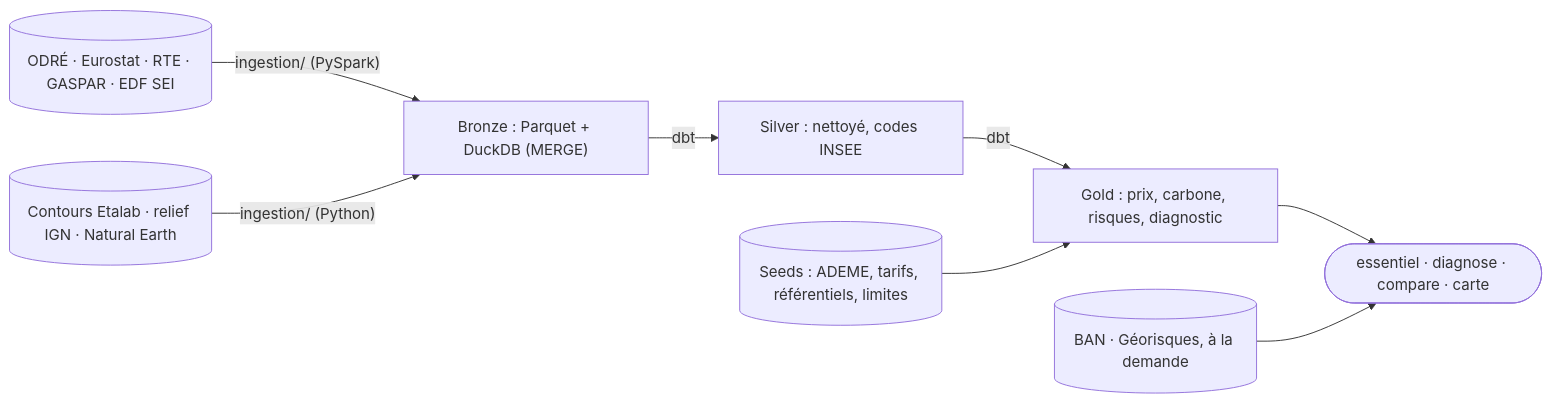
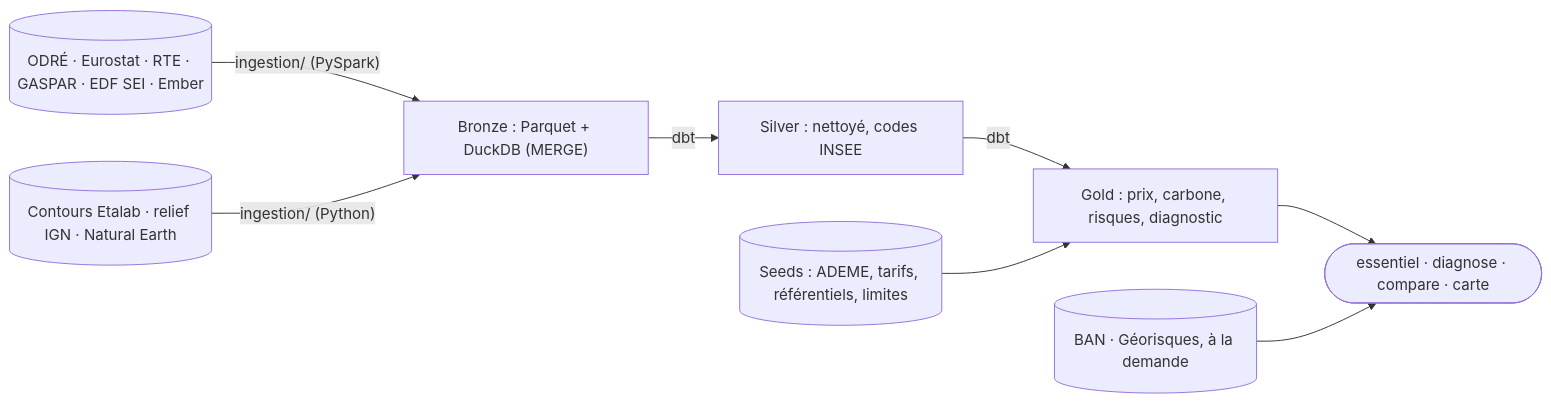
One commit to Elias-Ouafi/ou-brancher-mon-entreprise changed the diagram in README.md. Above: the diagram before and after it, drawn with Mermaid. The commit also changed other lines of this file and 18 other files, not shown here.

````diff
--- a/README.md
+++ b/README.md
@@ -102,10 +103,10 @@
 ```mermaid
 flowchart LR
-    SRC[("ODRÉ · Eurostat · RTE · GASPAR · EDF SEI")] -->|"ingestion/ (PySpark)"| B["Bronze : Parquet + DuckDB (MERGE)"]
+    SRC[("ODRÉ · Eurostat · RTE · GASPAR · EDF SEI · Ember")] -->|"ingestion/ (PySpark)"| B["Bronze : Parquet + DuckDB (MERGE)"]
     B -->|dbt| S["Silver : nettoyé, codes INSEE"]
     S -->|dbt| G["Gold : prix, carbone, risques, diagnostic"]
     SEEDS[("Seeds : ADEME, tarifs, référentiels, limites")] --> G
     GEO[("Contours Etalab · relief IGN · Natural Earth")] -->|"ingestion/ (Python)"| B
     G --> CLI(["essentiel · diagnose · compare · carte"])
     BAN[("BAN · Géorisques, à la demande")] --> CLI
 ```
````
